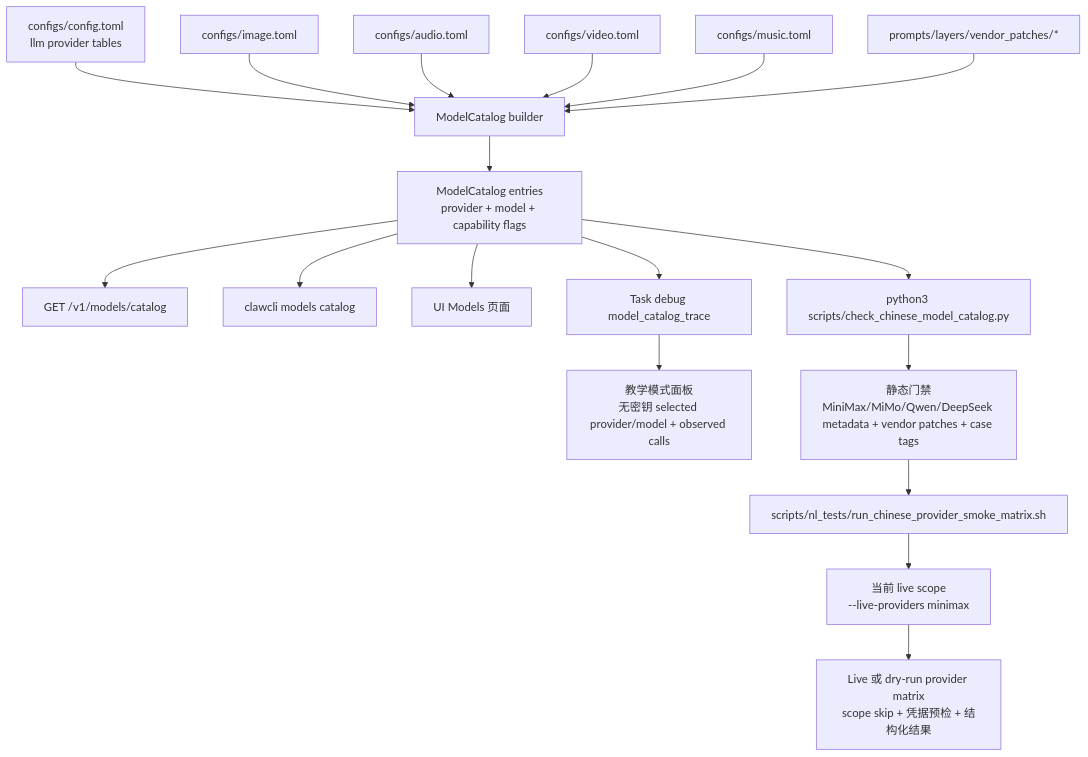
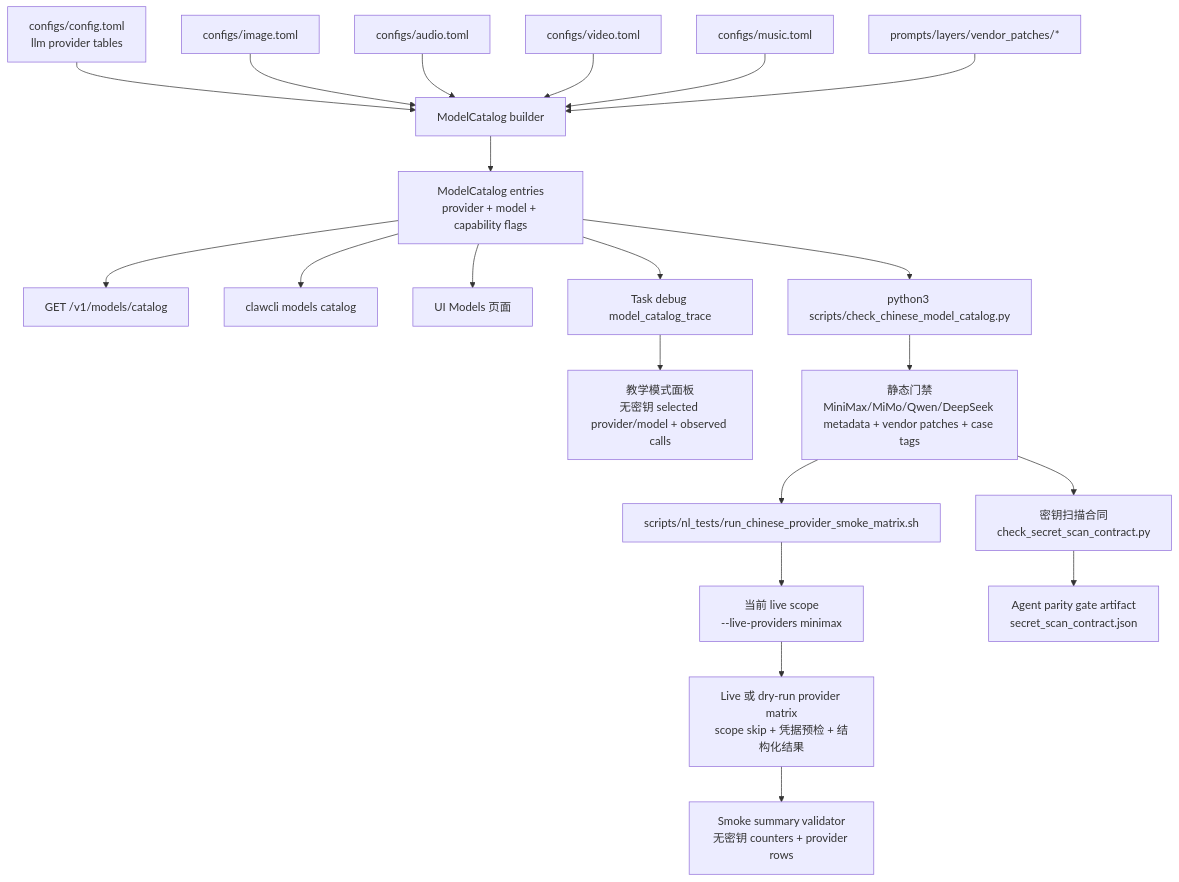
Before and after one commit to MatrixCoreX/RustClaw: the sixth of 6 diagrams in README.zh-CN.md, drawn with Mermaid. The commit also changed other lines of this file and 3 other files, not shown here.

Commit message:
Document secret scan parity gate

````diff
--- a/README.zh-CN.md
+++ b/README.zh-CN.md
@@ -669,20 +669,23 @@
 ```mermaid
 flowchart TD
     A[configs/config.toml<br/>llm provider tables] --> B[ModelCatalog builder]
     C[configs/image.toml] --> B
     D[configs/audio.toml] --> B
     E[configs/video.toml] --> B
     F[configs/music.toml] --> B
     G[prompts/layers/vendor_patches/*] --> B
     B --> H[ModelCatalog entries<br/>provider + model + capability flags]
     H --> I[GET /v1/models/catalog]
     H --> J[clawcli models catalog]
     H --> K[UI Models 页面]
     H --> L[Task debug model_catalog_trace]
     L --> M[教学模式面板<br/>无密钥 selected provider/model + observed calls]
     H --> N[python3 scripts/check_chinese_model_catalog.py]
     N --> O[静态门禁<br/>MiniMax/MiMo/Qwen/DeepSeek metadata + vendor patches + case tags]
+    O --> SC[密钥扫描合同<br/>check_secret_scan_contract.py]
     O --> P[scripts/nl_tests/run_chinese_provider_smoke_matrix.sh]
     P --> PS[当前 live scope<br/>--live-providers minimax]
     PS --> Q[Live 或 dry-run provider matrix<br/>scope skip + 凭据预检 + 结构化结果]
+    Q --> SV[Smoke summary validator<br/>无密钥 counters + provider rows]
+    SC --> AP[Agent parity gate artifact<br/>secret_scan_contract.json]
 ```
````
